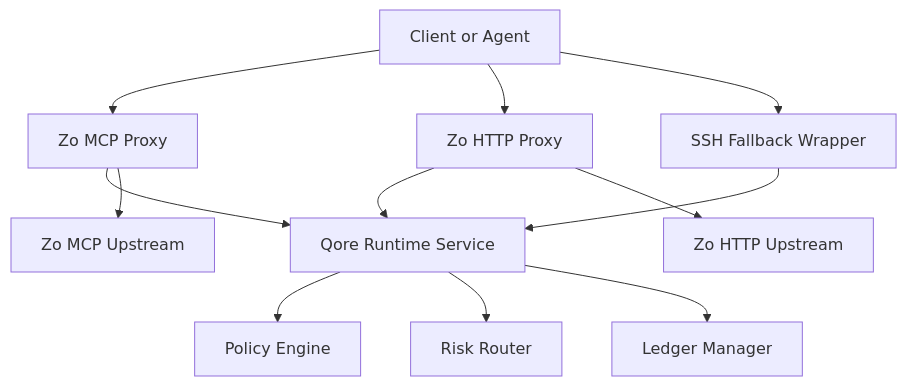
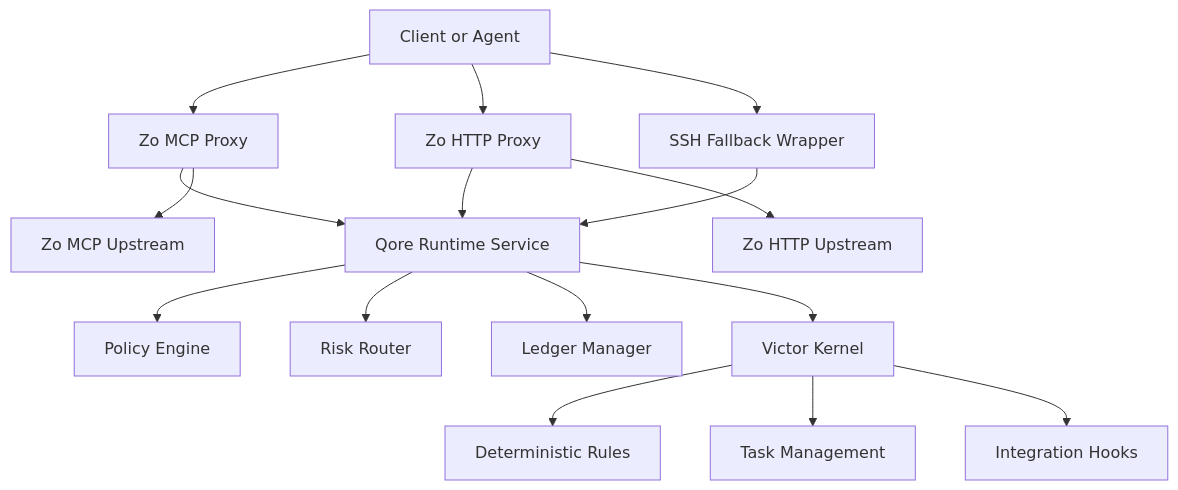
The diagram in README.md (MythologIQ/Zo-Qore), drawn with Mermaid before and after one commit. The commit also changed other lines of this file and 1984 other files, not shown here.

First line of the commit message:
Merge Victor Kernel into Zo-Qore

````diff
--- a/README.md
+++ b/README.md
@@ -155,14 +155,18 @@
 ```mermaid
 graph TD
   A[Client or Agent] --> B[Zo MCP Proxy]
   A --> C[Zo HTTP Proxy]
   A --> D[SSH Fallback Wrapper]
   B --> E[Qore Runtime Service]
   C --> E
   D --> E
   E --> F[Policy Engine]
   E --> G[Risk Router]
   E --> H[Ledger Manager]
   B --> I[Zo MCP Upstream]
   C --> J[Zo HTTP Upstream]
+  E --> K[Victor Kernel]
+  K --> L[Deterministic Rules]
+  K --> M[Task Management]
+  K --> N[Integration Hooks]
 ```
````
